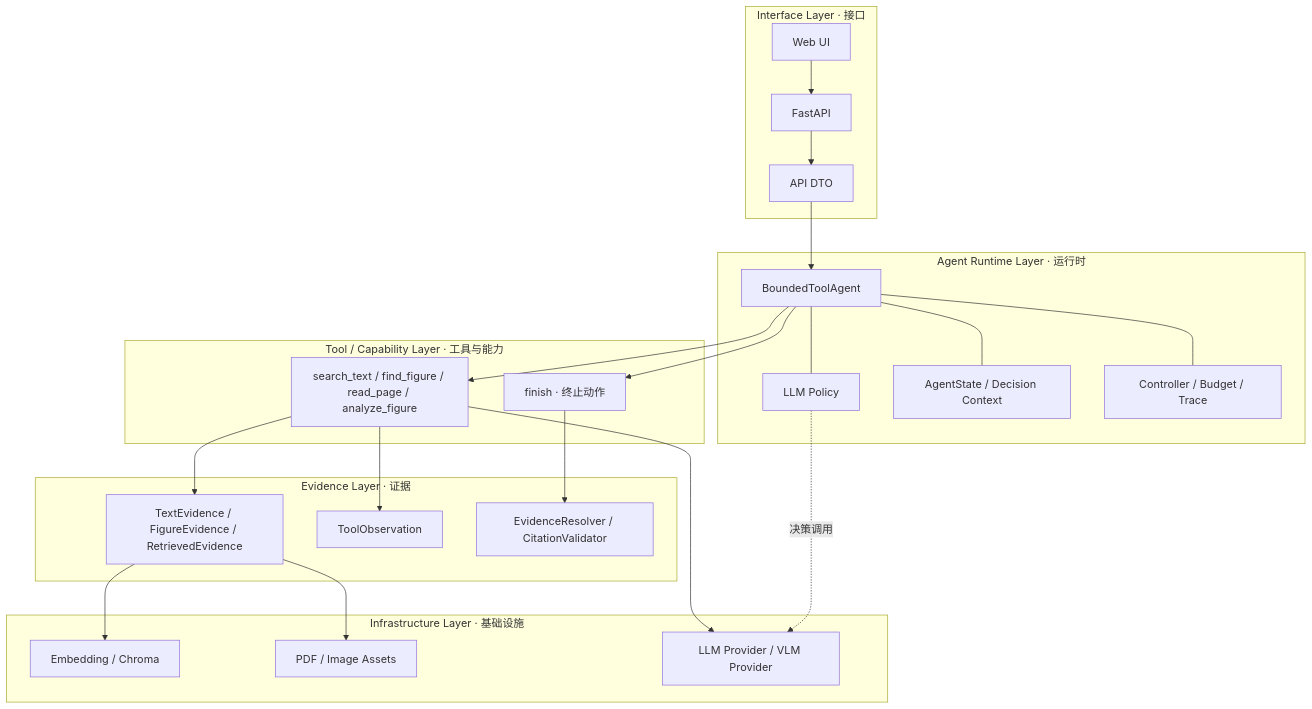
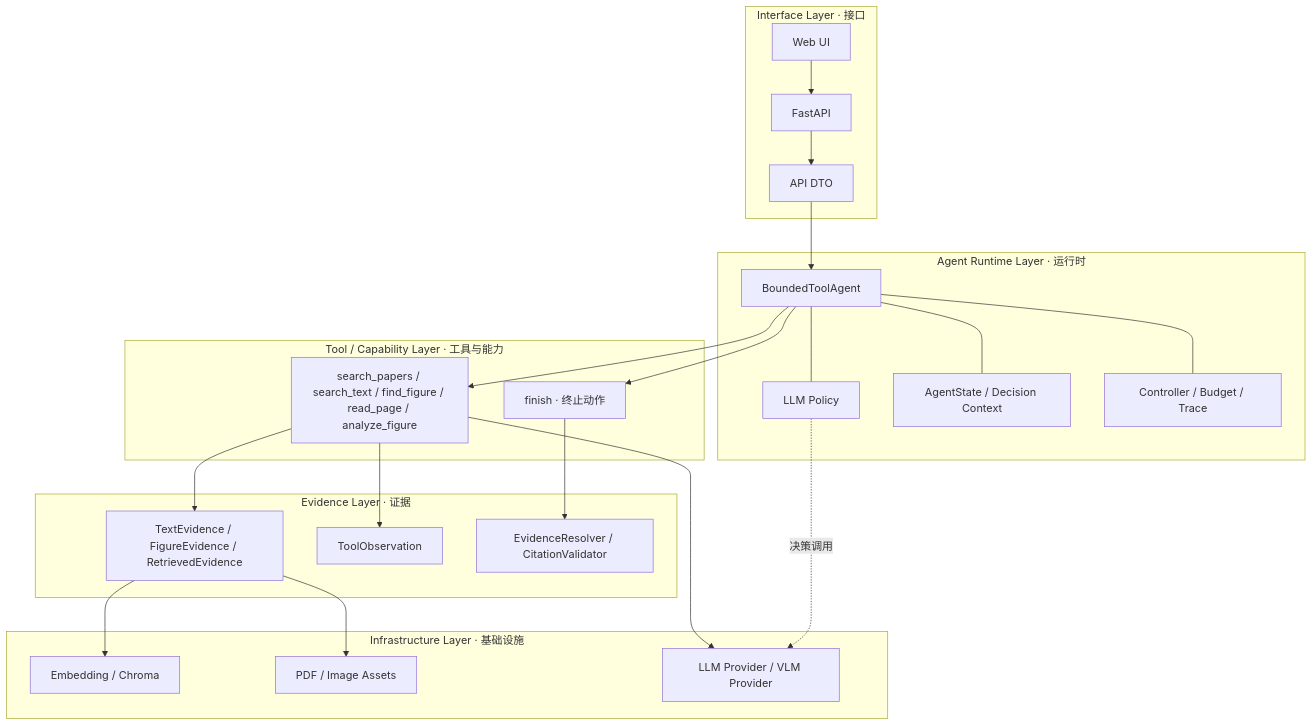
Before and after one commit to lei421852-oss/Personal-Research-Agent: the first of 2 diagrams in README.md, drawn with Mermaid. The commit also changed other lines of this file and 13 other files, not shown here.

````diff
--- a/README.md
+++ b/README.md
@@ -38,40 +52,40 @@
 ```mermaid
 flowchart TB
     subgraph I[Interface Layer · 接口]
         UI[Web UI] --> API[FastAPI]
         API --> DTO[API DTO]
     end
     subgraph R[Agent Runtime Layer · 运行时]
         AG[BoundedToolAgent]
         P[LLM Policy]
         S[AgentState / Decision Context]
         C[Controller / Budget / Trace]
         AG --- P
         AG --- S
         AG --- C
     end
     subgraph T[Tool / Capability Layer · 工具与能力]
-        TOOLS[search_text / find_figure / read_page / analyze_figure]
+        TOOLS[search_papers / search_text / find_figure / read_page / analyze_figure]
         F[finish · 终止动作]
     end
     subgraph E[Evidence Layer · 证据]
         EV[TextEvidence / FigureEvidence / RetrievedEvidence]
         OB[ToolObservation]
         ER[EvidenceResolver / CitationValidator]
     end
     subgraph B[Infrastructure Layer · 基础设施]
         IDX[Embedding / Chroma]
         AS[PDF / Image Assets]
         PROVIDER[LLM Provider / VLM Provider]
     end
     DTO --> AG
     AG --> TOOLS
     AG --> F
     TOOLS --> EV
     TOOLS --> OB
     F --> ER
     EV --> IDX
     EV --> AS
     TOOLS --> PROVIDER
     P -. 决策调用 .-> PROVIDER
 ```
````
